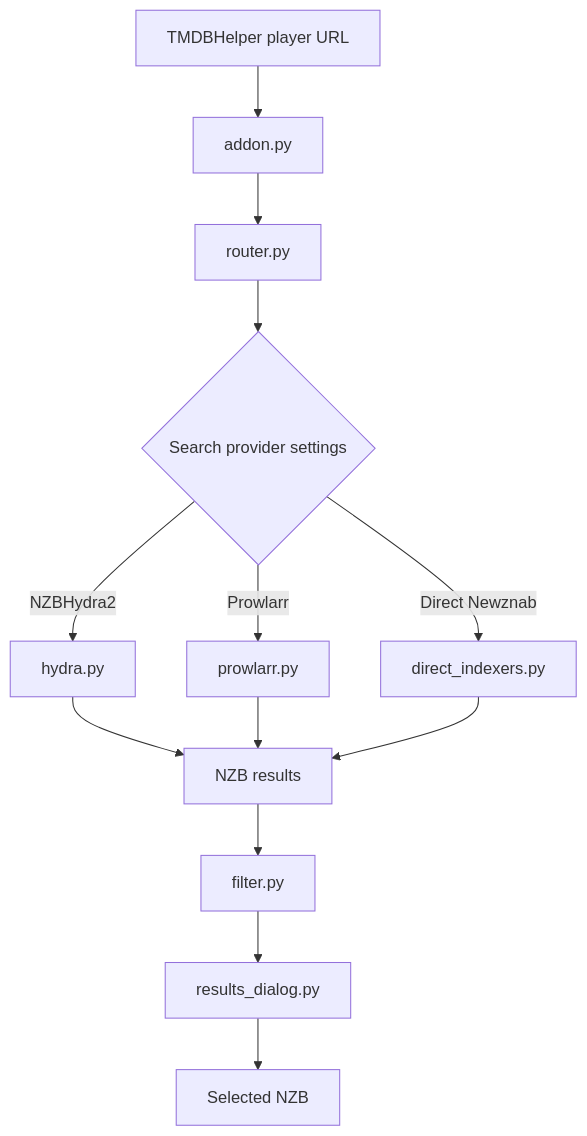
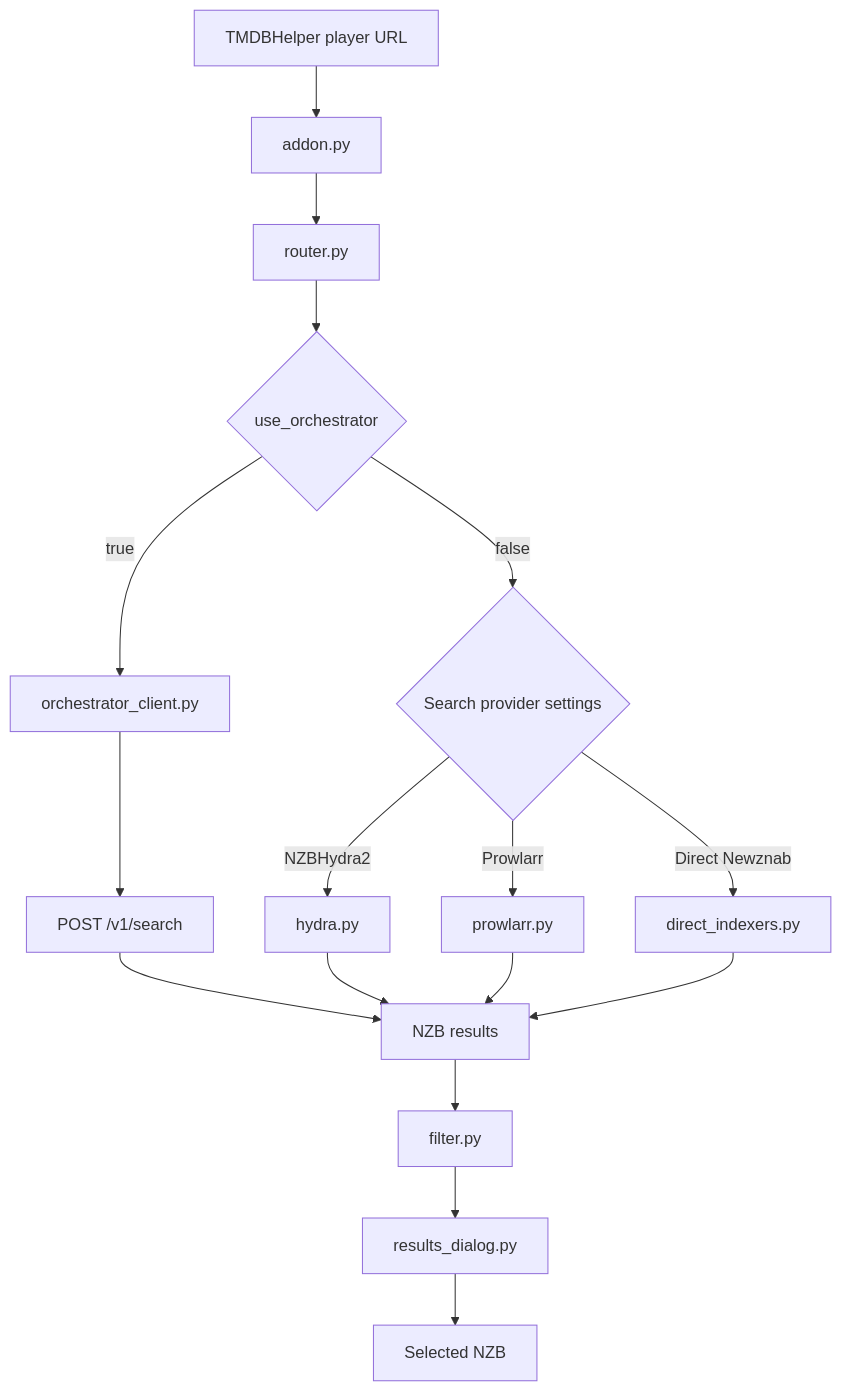
The first of 3 diagrams in docs/architecture.md (Appz4Fun/nzbdavkodi), drawn with Mermaid before and after one commit. The commit also changed other lines of this file and 4 other files, not shown here.

````diff
--- a/docs/architecture.md
+++ b/docs/architecture.md
@@ -10,15 +33,19 @@
 ```mermaid
 flowchart TD
     A[TMDBHelper player URL] --> B[addon.py]
     B --> C[router.py]
-    C --> D{Search provider settings}
+    C --> O{use_orchestrator}
+    O -->|true| P[orchestrator_client.py]
+    P --> Q[POST /v1/search]
+    Q --> H
+    O -->|false| D{Search provider settings}
     D -->|NZBHydra2| E[hydra.py]
     D -->|Prowlarr| F[prowlarr.py]
     D -->|Direct Newznab| G[direct_indexers.py]
     E --> H[NZB results]
     F --> H
     G --> H
     H --> I[filter.py]
     I --> J[results_dialog.py]
     J --> K[Selected NZB]
 ```
````
